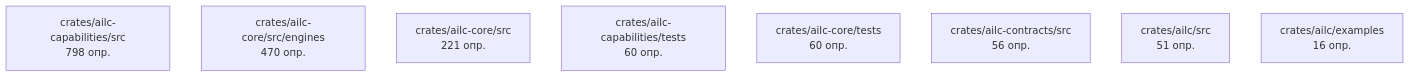
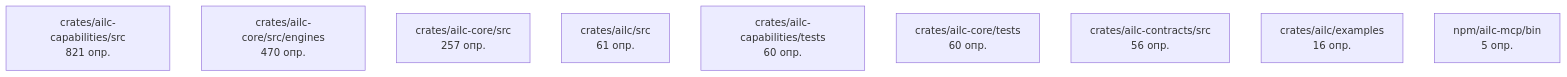
The second of 3 diagrams in docs/C4.md (pro-deploy/ailc), drawn with Mermaid before and after one commit. The commit also changed other lines of this file and 10 other files, not shown here.

Commit message:
chore(release): версия 0.5.0: README и ROADMAP под автономность, документация перегенерирована из кода

````diff
--- a/docs/C4.md
+++ b/docs/C4.md
@@ -21,11 +21,12 @@
 ```mermaid
 flowchart TD
-  crates_ailc_capabilities_src["crates/ailc-capabilities/src<br/>798 опр."]
+  crates_ailc_capabilities_src["crates/ailc-capabilities/src<br/>821 опр."]
   crates_ailc_core_src_engines["crates/ailc-core/src/engines<br/>470 опр."]
-  crates_ailc_core_src["crates/ailc-core/src<br/>221 опр."]
+  crates_ailc_core_src["crates/ailc-core/src<br/>257 опр."]
+  crates_ailc_src["crates/ailc/src<br/>61 опр."]
   crates_ailc_capabilities_tests["crates/ailc-capabilities/tests<br/>60 опр."]
   crates_ailc_core_tests["crates/ailc-core/tests<br/>60 опр."]
   crates_ailc_contracts_src["crates/ailc-contracts/src<br/>56 опр."]
-  crates_ailc_src["crates/ailc/src<br/>51 опр."]
   crates_ailc_examples["crates/ailc/examples<br/>16 опр."]
+  npm_ailc_mcp_bin["npm/ailc-mcp/bin<br/>5 опр."]
 ```
````
